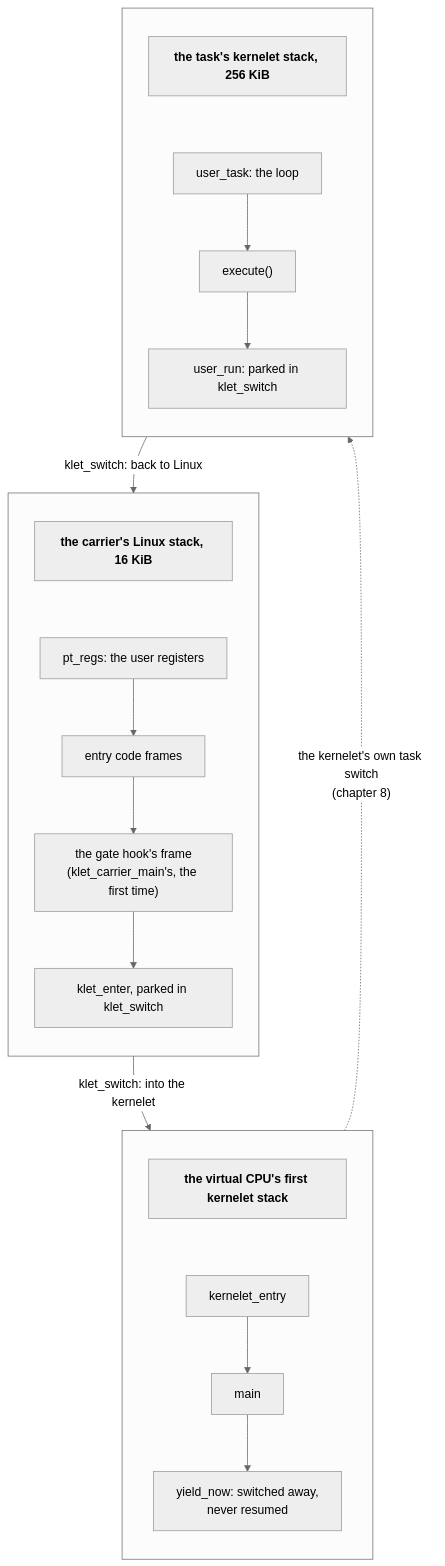
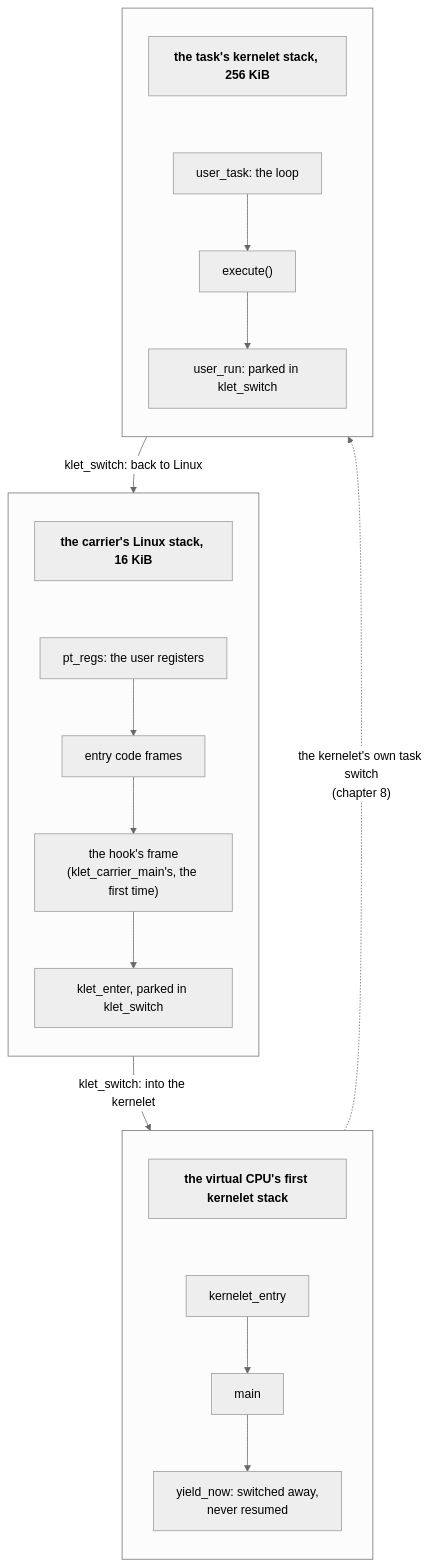
Before and after one commit to Plucky923/kernelet: the diagram in src/two-stacks.md, drawn with Mermaid (neutral theme). The commit also changed other lines of this file and 36 other files, not shown here.

First line of the commit message:
Retire "the gate": the patch's table is carrier_event_hooks

````diff
--- a/src/two-stacks.md
+++ b/src/two-stacks.md
@@ -17,18 +17,18 @@
 ```mermaid
 flowchart TB
     subgraph L[" "]
         direction TB
-        l0["<b>the carrier's Linux stack, 16 KiB</b>"] ~~~ l1["pt_regs: the user registers"] --> l2["entry code frames"] --> l3["the gate hook's frame<br/>(klet_carrier_main's, the first time)"] --> l4["klet_enter, parked in klet_switch"]
+        l0["<b>the carrier's Linux stack, 16 KiB</b>"] ~~~ l1["pt_regs: the user registers"] --> l2["entry code frames"] --> l3["the hook's frame<br/>(klet_carrier_main's, the first time)"] --> l4["klet_enter, parked in klet_switch"]
     end
     subgraph B[" "]
         direction TB
         b0["<b>the virtual CPU's first kernelet stack</b>"] ~~~ b1["kernelet_entry"] --> b2["main"] --> b3["yield_now: switched away,<br/>never resumed"]
     end
     subgraph K[" "]
         direction TB
         k0["<b>the task's kernelet stack, 256 KiB</b>"] ~~~ k1["user_task: the loop"] --> k2["execute()"] --> k3["user_run: parked in klet_switch"]
     end
     L -- "klet_switch: into the kernelet" --> B
     B -. "the kernelet's own task switch<br/>(chapter 8)" .-> K
     K -- "klet_switch: back to Linux" --> L
 ```
````
